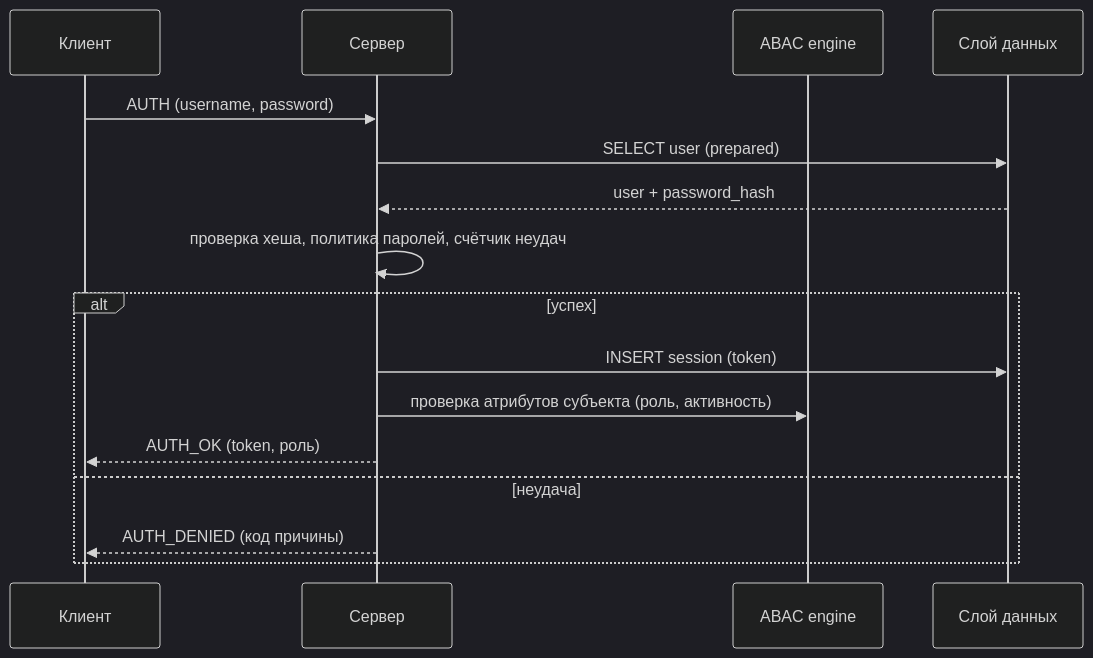
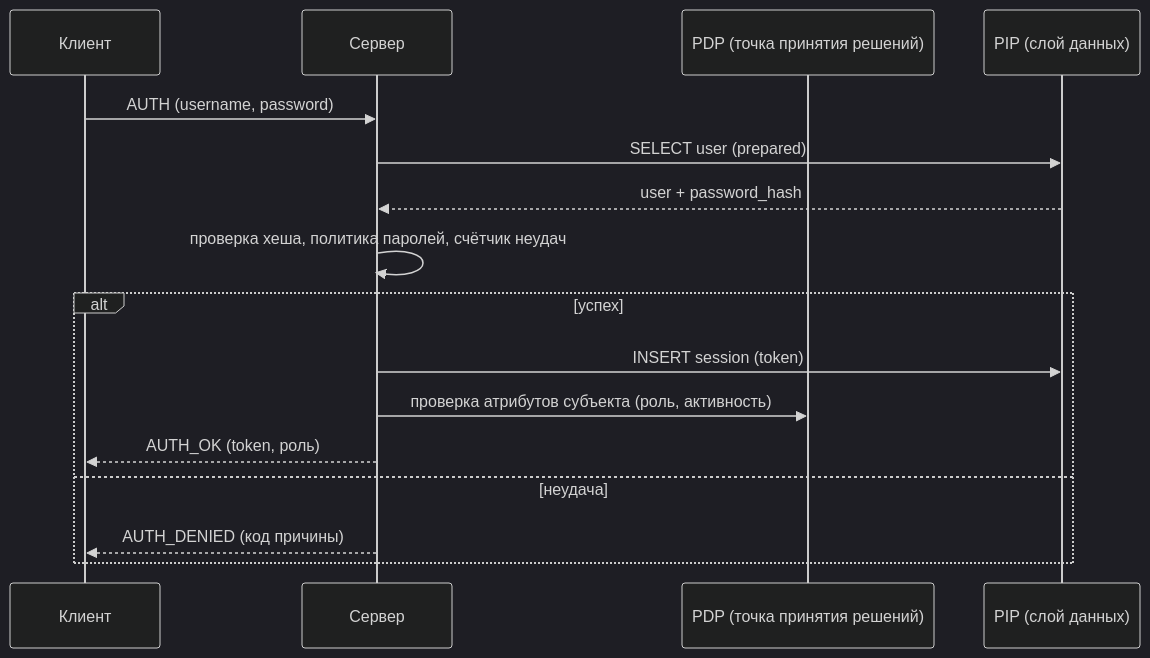
The second of 3 diagrams in docs/architecture.md (DKlintukhov/netaccess), drawn with Mermaid (dark theme) before and after one commit. The commit also changed other lines of this file and 2 other files, not shown here.

First line of the commit message:
docs: update to PEP/PDP/PAP/PIP ABAC architecture

````diff
--- a/docs/architecture.md
+++ b/docs/architecture.md
@@ -97,19 +100,19 @@
 ```mermaid
 sequenceDiagram
     participant C as Клиент
     participant S as Сервер
-    participant P as ABAC engine
-    participant D as Слой данных
+    participant P as PDP (точка принятия решений)
+    participant D as PIP (слой данных)
 
     C->>S: AUTH (username, password)
     S->>D: SELECT user (prepared)
     D-->>S: user + password_hash
     S->>S: проверка хеша, политика паролей, счётчик неудач
     alt успех
         S->>D: INSERT session (token)
         S->>P: проверка атрибутов субъекта (роль, активность)
         S-->>C: AUTH_OK (token, роль)
     else неудача
         S-->>C: AUTH_DENIED (код причины)
     end
 ```
````
